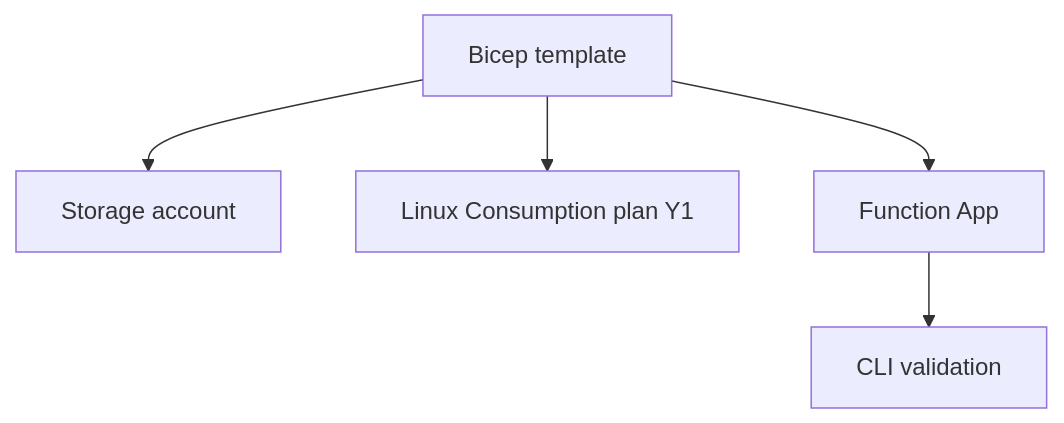
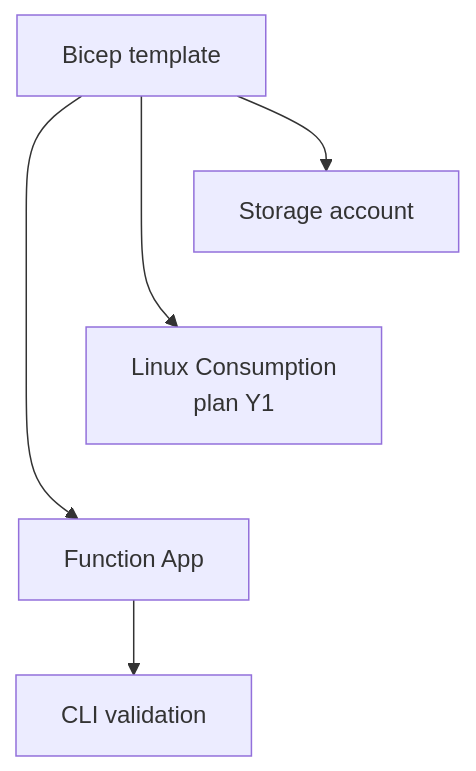
One commit to yeongseon/azure-functions-practical-guide changed the second of 2 diagrams in docs/language-guides/python/tutorial/consumption/05-infrastructure-as-code.md. Above: the diagram before and after it, drawn with Mermaid. The commit also changed other lines of this file and 4 other files, not shown here.

First line of the commit message:
docs(diagrams): improve Python infrastructure tutorial figures (#546)

````diff
--- a/docs/language-guides/python/tutorial/consumption/05-infrastructure-as-code.md
+++ b/docs/language-guides/python/tutorial/consumption/05-infrastructure-as-code.md
@@ -80,7 +105,12 @@
 ```mermaid
 flowchart TD
+    accTitle: Python Consumption Bicep resources and validation
+    accDescr: The template defines storage, a Linux Y1 plan and a Function App, followed by CLI metadata validation. The fan-out is a resource map, not a serial creation order; ARM resolves dependencies and can provision independent resources in parallel. No successful Azure execution is asserted.
     A[Bicep template] --> B[Storage account]
-    A --> C[Linux Consumption plan Y1]
+    A --> C["Linux Consumption<br/>plan Y1"]
     A --> D[Function App]
     D --> E[CLI validation]
+    %% Layout-only tiers; add no provisioning dependency or visible arrow.
+    B ~~~ C
+    C ~~~ D
 ```
````
